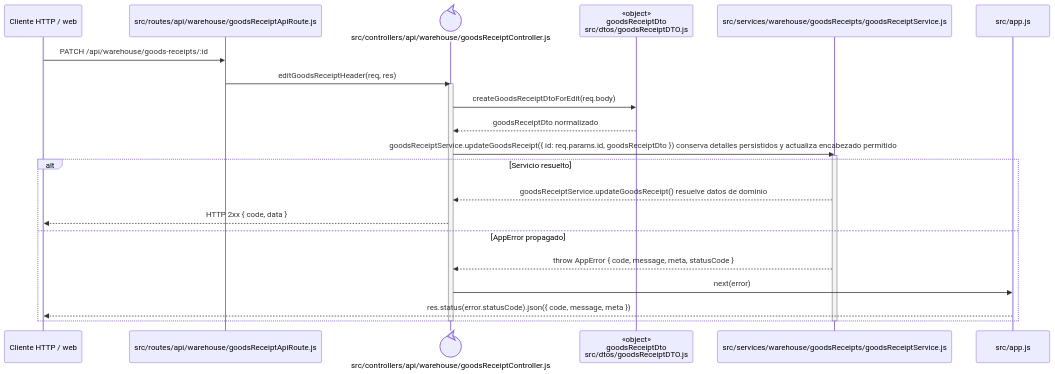
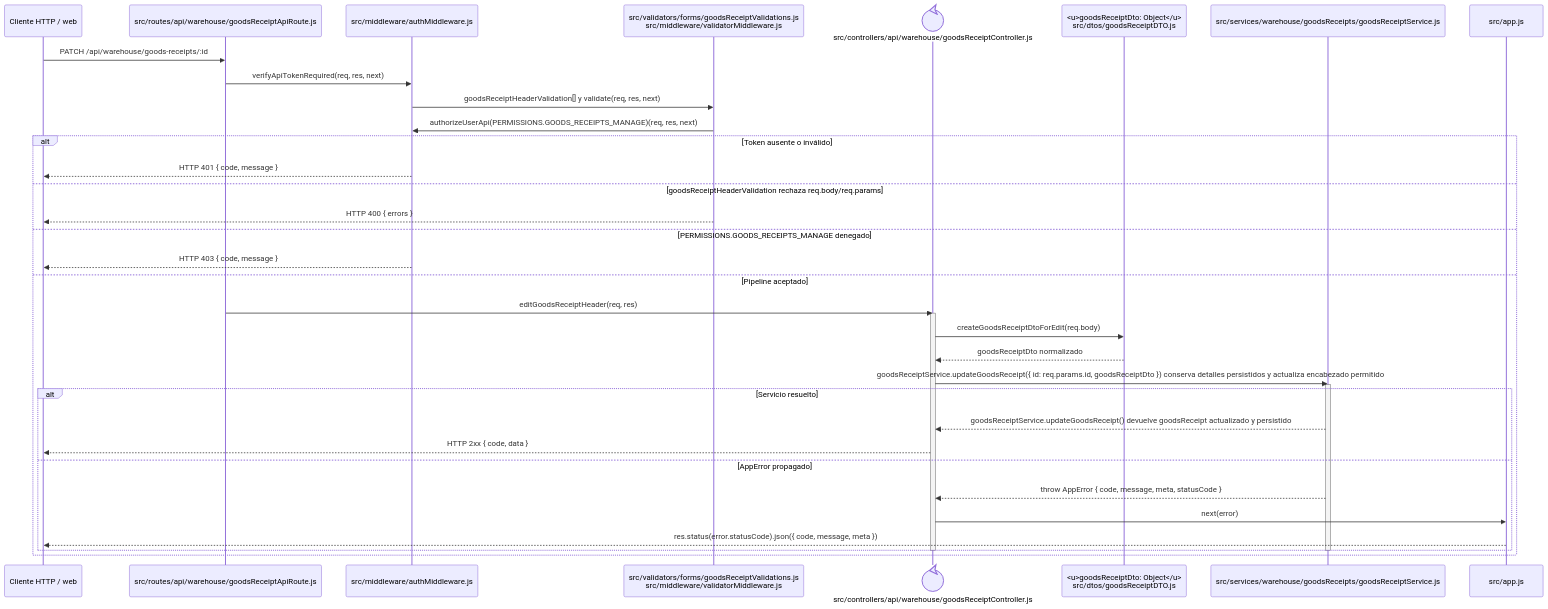
The diagram in docs/architecture/backend-code-sequences/purchases/cu-ent-03.md (gpgsistemas01/nexus), drawn with Mermaid before and after one commit. The commit also changed 102 other files, not shown here.

````diff
--- a/docs/architecture/backend-code-sequences/purchases/cu-ent-03.md
+++ b/docs/architecture/backend-code-sequences/purchases/cu-ent-03.md
@@ -6,27 +6,40 @@
 ```mermaid
 sequenceDiagram
     participant Client as Cliente HTTP / web
     participant Route as src/routes/api/warehouse/goodsReceiptApiRoute.js
+    participant Auth as src/middleware/authMiddleware.js
+    participant Validator as src/validators/forms/goodsReceiptValidations.js<br/>src/middleware/validatorMiddleware.js
     participant Controller@{ "type": "control" } as src/controllers/api/warehouse/goodsReceiptController.js
-    participant ReceiptDto as «object»<br/>goodsReceiptDto<br/>src/dtos/goodsReceiptDTO.js
+    participant ReceiptDto as <u>goodsReceiptDto: Object</u><br/>src/dtos/goodsReceiptDTO.js
     participant Domain as src/services/warehouse/goodsReceipts/goodsReceiptService.js
     participant ErrorHandler as src/app.js
 
     Client->>Route: PATCH /api/warehouse/goods-receipts/:id
-    Route->>Controller: editGoodsReceiptHeader(req, res)
-    activate Controller
-    Controller->>ReceiptDto: createGoodsReceiptDtoForEdit(req.body)
-    ReceiptDto-->>Controller: goodsReceiptDto normalizado
-    Controller->>Domain: goodsReceiptService.updateGoodsReceipt({ id: req.params.id, goodsReceiptDto }) conserva detalles persistidos y actualiza encabezado permitido
-    activate Domain
-    alt Servicio resuelto
-        Domain-->>Controller: goodsReceiptService.updateGoodsReceipt() resuelve datos de dominio
-        Controller-->>Client: HTTP 2xx { code, data }
-    else AppError propagado
-        Domain-->>Controller: throw AppError { code, message, meta, statusCode }
-        Controller->>ErrorHandler: next(error)
-        ErrorHandler-->>Client: res.status(error.statusCode).json({ code, message, meta })
+    Route->>Auth: verifyApiTokenRequired(req, res, next)
+    Auth->>Validator: goodsReceiptHeaderValidation[] y validate(req, res, next)
+    Validator->>Auth: authorizeUserApi(PERMISSIONS.GOODS_RECEIPTS_MANAGE)(req, res, next)
+    alt Token ausente o inválido
+        Auth-->>Client: HTTP 401 { code, message }
+    else goodsReceiptHeaderValidation rechaza req.body/req.params
+        Validator-->>Client: HTTP 400 { errors }
+    else PERMISSIONS.GOODS_RECEIPTS_MANAGE denegado
+        Auth-->>Client: HTTP 403 { code, message }
+    else Pipeline aceptado
+        Route->>Controller: editGoodsReceiptHeader(req, res)
+        activate Controller
+        Controller->>ReceiptDto: createGoodsReceiptDtoForEdit(req.body)
+        ReceiptDto-->>Controller: goodsReceiptDto normalizado
+        Controller->>Domain: goodsReceiptService.updateGoodsReceipt({ id: req.params.id, goodsReceiptDto }) conserva detalles persistidos y actualiza encabezado permitido
+        activate Domain
+        alt Servicio resuelto
+            Domain-->>Controller: goodsReceiptService.updateGoodsReceipt() devuelve goodsReceipt actualizado y persistido
+            Controller-->>Client: HTTP 2xx { code, data }
+        else AppError propagado
+            Domain-->>Controller: throw AppError { code, message, meta, statusCode }
+            Controller->>ErrorHandler: next(error)
+            ErrorHandler-->>Client: res.status(error.statusCode).json({ code, message, meta })
+        end
+        deactivate Domain
+        deactivate Controller
     end
-    deactivate Domain
-    deactivate Controller
 ```
````
